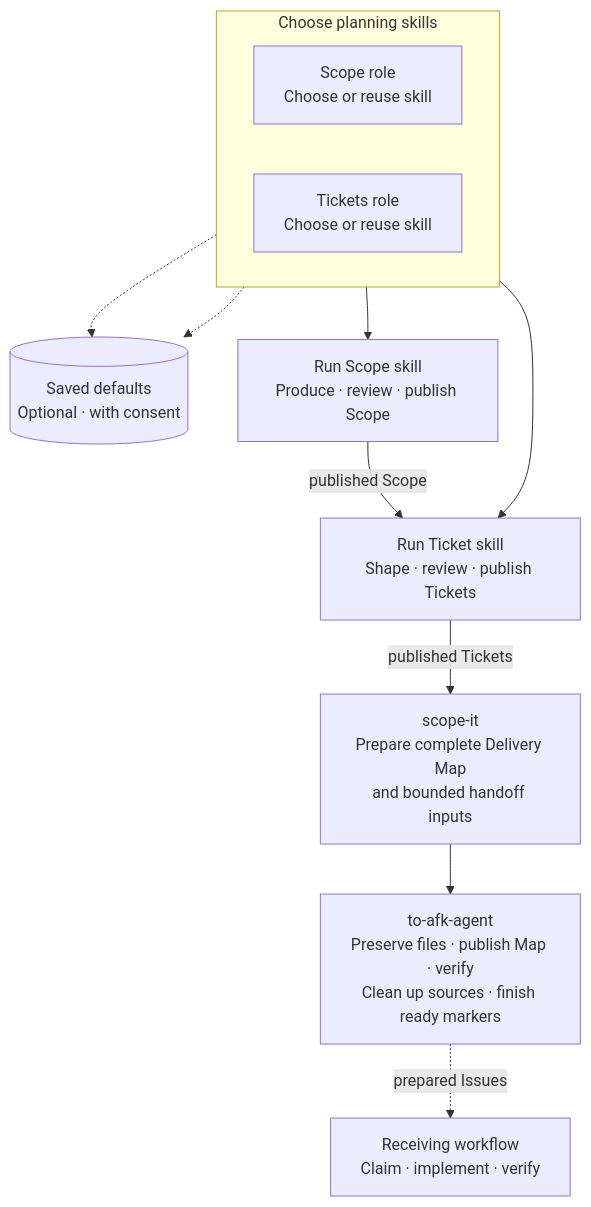
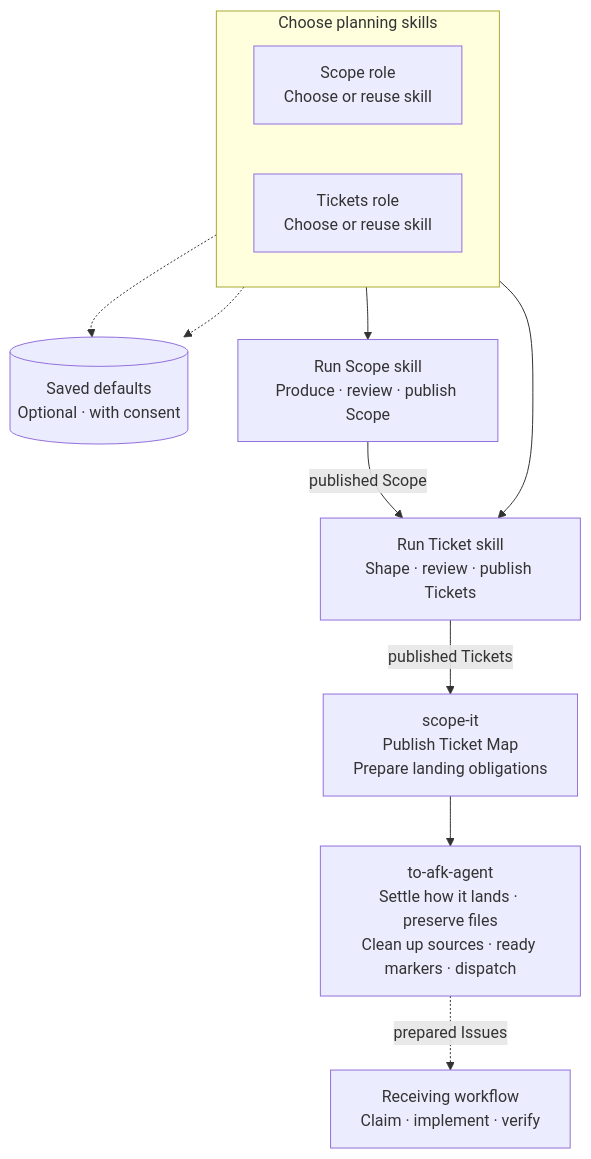
One commit to shihyuho/skills changed the diagram in skills/scope-it/README.md. Above: the diagram before and after it, drawn with Mermaid. The commit also changed other lines of this file and 11 other files, not shown here.

First line of the commit message:
refactor(scope-it): publish a Ticket Map and leave landing to to-afk-agent

````diff
--- a/skills/scope-it/README.md
+++ b/skills/scope-it/README.md
@@ -15,24 +15,24 @@
 ```mermaid
 flowchart TD
     subgraph CHOOSE["Choose planning skills"]
         direction LR
         CS["Scope role<br/>Choose or reuse skill"]
         CT["Tickets role<br/>Choose or reuse skill"]
     end
 
     SAVE[("Saved defaults<br/>Optional · with consent")]
     S["Run Scope skill<br/>Produce · review · publish Scope"]
     T["Run Ticket skill<br/>Shape · review · publish Tickets"]
-    M["scope-it<br/>Prepare complete Delivery Map<br/>and bounded handoff inputs"]
-    H["to-afk-agent<br/>Preserve files · publish Map · verify<br/>Clean up sources · finish ready markers"]
+    M["scope-it<br/>Publish Ticket Map<br/>Prepare landing obligations"]
+    H["to-afk-agent<br/>Settle how it lands · preserve files<br/>Clean up sources · ready markers · dispatch"]
     E["Receiving workflow<br/>Claim · implement · verify"]
 
     CS -.-> SAVE
     CT -.-> SAVE
     CS --> S
     CT --> T
     S -->|"published Scope"| T
     T -->|"published Tickets"| M
     M --> H
     H -. "prepared Issues" .-> E
 ```
````
